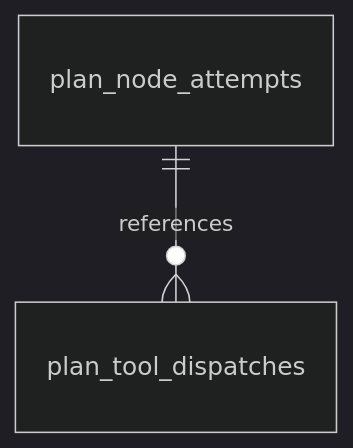
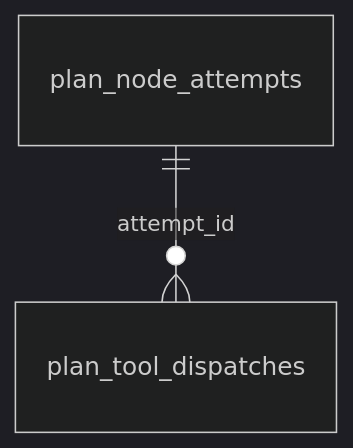
The fifth of 5 diagrams in docs/reference/data-model/plans.md (cebertowicz/corsia), drawn with Mermaid (dark theme) before and after one commit. The commit also changed other lines of this file and 10 other files, not shown here.

````diff
--- a/docs/reference/data-model/plans.md
+++ b/docs/reference/data-model/plans.md
@@ -48,4 +48,4 @@
 ```mermaid
 erDiagram
-    plan_node_attempts ||--o{ plan_tool_dispatches : references
+    plan_node_attempts ||--o{ plan_tool_dispatches : attempt_id
 ```
````
